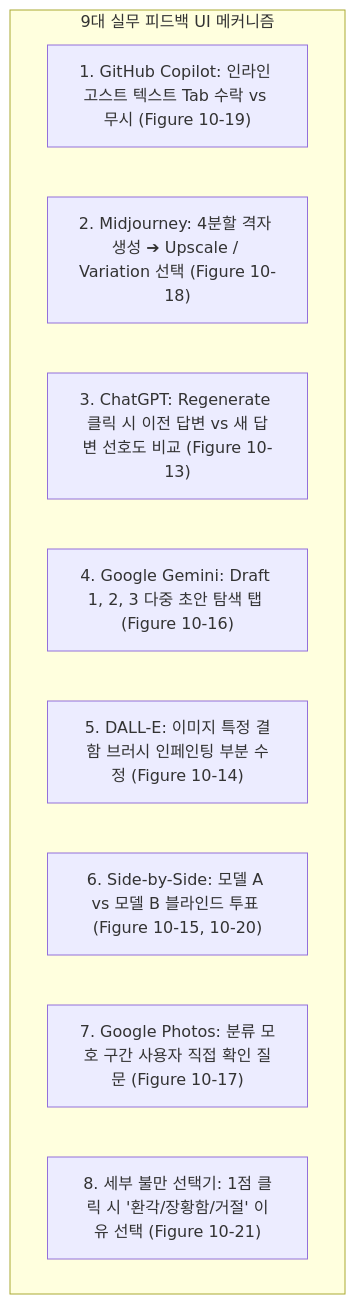
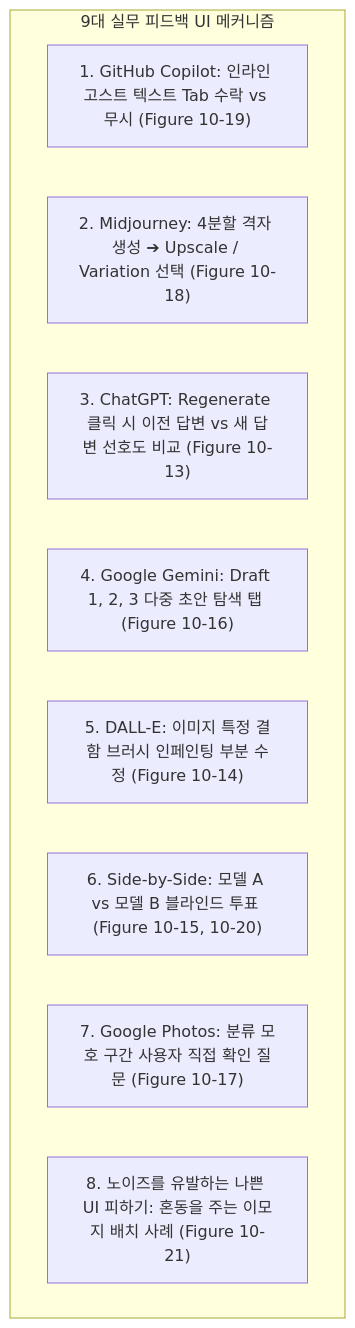
The second of 3 diagrams in chapter-qa/ch10-architecture-and-feedback-qa/03-user-feedback-flywheel-and-ui-mechanisms.md (sing-u8/AI-Engineering), drawn with Mermaid before and after one commit. The commit also changed other lines of this file and 15 other files, not shown here.

````diff
--- a/chapter-qa/ch10-architecture-and-feedback-qa/03-user-feedback-flywheel-and-ui-mechanisms.md
+++ b/chapter-qa/ch10-architecture-and-feedback-qa/03-user-feedback-flywheel-and-ui-mechanisms.md
@@ -70,13 +71,13 @@
 ```mermaid
 flowchart TD
     subgraph UI_Patterns["9대 실무 피드백 UI 메커니즘"]
         U1["1. GitHub Copilot: 인라인 고스트 텍스트 Tab 수락 vs 무시 (Figure 10-19)"]
         U2["2. Midjourney: 4분할 격자 생성 ➔ Upscale / Variation 선택 (Figure 10-18)"]
         U3["3. ChatGPT: Regenerate 클릭 시 이전 답변 vs 새 답변 선호도 비교 (Figure 10-13)"]
         U4["4. Google Gemini: Draft 1, 2, 3 다중 초안 탐색 탭 (Figure 10-16)"]
         U5["5. DALL-E: 이미지 특정 결함 브러시 인페인팅 부분 수정 (Figure 10-14)"]
         U6["6. Side-by-Side: 모델 A vs 모델 B 블라인드 투표 (Figure 10-15, 10-20)"]
         U7["7. Google Photos: 분류 모호 구간 사용자 직접 확인 질문 (Figure 10-17)"]
-        U8["8. 세부 불만 선택기: 1점 클릭 시 '환각/장황함/거절' 이유 선택 (Figure 10-21)"]
+        U8["8. 노이즈를 유발하는 나쁜 UI 피하기: 혼동을 주는 이모지 배치 사례 (Figure 10-21)"]
     end
 ```
````
